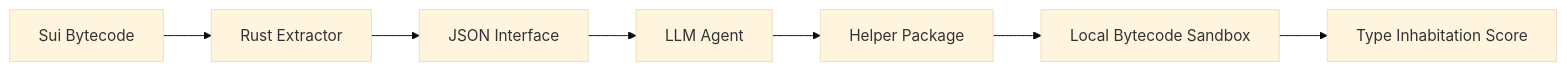
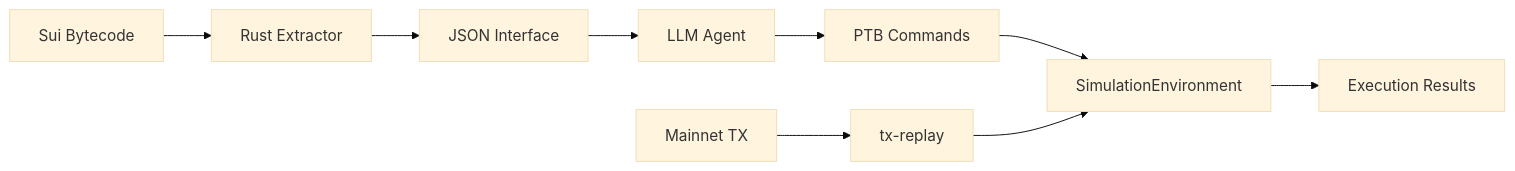
The diagram in README.md (Evan-Kim2028/sui-sandbox), drawn with Mermaid (base theme) before and after one commit. The commit also changed other lines of this file and 5 other files, not shown here.

First line of the commit message:
docs: comprehensive documentation update for SimulationEnvironment

````diff
--- a/README.md
+++ b/README.md
@@ -10,9 +11,12 @@
 ```mermaid
 graph LR
     A[Sui Bytecode] --> B[Rust Extractor]
     B --> C[JSON Interface]
     C --> D[LLM Agent]
-    D --> E[Helper Package]
-    E --> F[Local Bytecode Sandbox]
-    F --> G[Type Inhabitation Score]
+    D --> E[PTB Commands]
+    E --> F[SimulationEnvironment]
+    F --> G[Execution Results]
+
+    H[Mainnet TX] --> I[tx-replay]
+    I --> F
 ```
````
